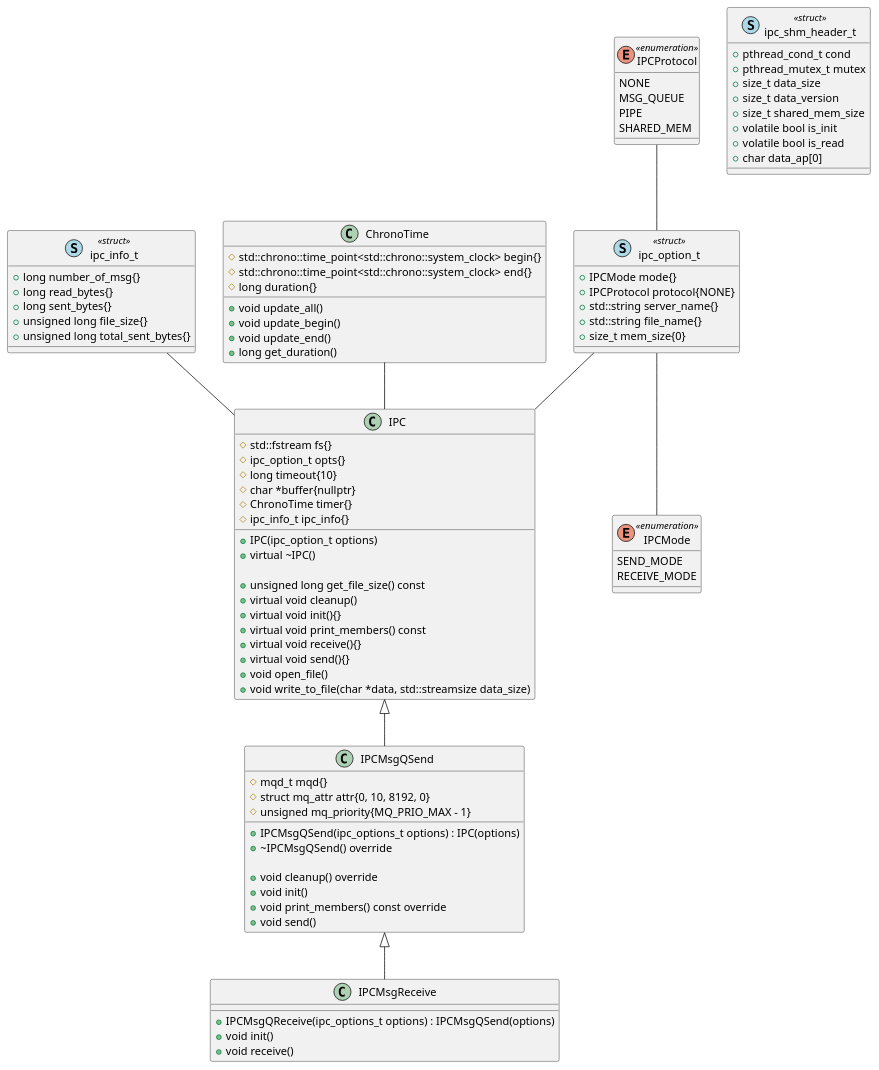
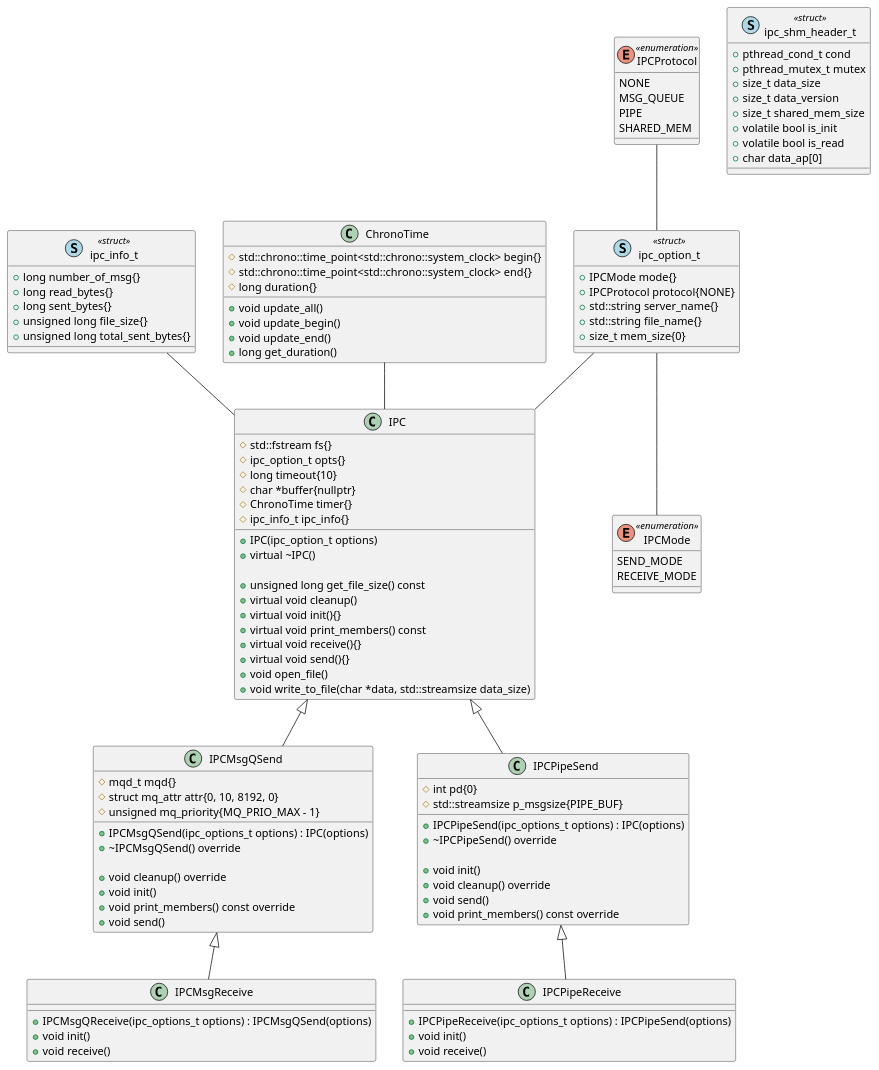
One commit to baovu-unikie/file_transfer_cpp changed the diagram in img/current_implementation.puml. Above: the diagram before and after it, drawn with PlantUML. The commit also changed 5 other files, not shown here.

```diff
--- a/img/current_implementation.puml
+++ b/img/current_implementation.puml
@@ -1,111 +1,136 @@
 @startuml
 class IPC
 {
 	# std::fstream fs{}
 	# ipc_option_t opts{}
 	# long timeout{10}
 	# char *buffer{nullptr}
 	# ChronoTime timer{}
 	# ipc_info_t ipc_info{}
 
 	+ IPC(ipc_option_t options)
 	+ virtual ~IPC()
 
 	+ unsigned long get_file_size() const
 	+ virtual void cleanup()
 	+ virtual void init(){}
 	+ virtual void print_members() const
 	+ virtual void receive(){}
 	+ virtual void send(){}
 	+ void open_file()
 	+ void write_to_file(char *data, std::streamsize data_size)
 }
 
 class IPCMsgQSend
 {
 	# mqd_t mqd{}
 	# struct mq_attr attr{0, 10, 8192, 0}
 	# unsigned mq_priority{MQ_PRIO_MAX - 1}
 
 	+ IPCMsgQSend(ipc_options_t options) : IPC(options)
 	+ ~IPCMsgQSend() override
 
 	+ void cleanup() override
 	+ void init()
 	+ void print_members() const override
 	+ void send()
 }
 
 class IPCMsgReceive
 {
 	+ IPCMsgQReceive(ipc_options_t options) : IPCMsgQSend(options)
+	+ void init()
+	+ void receive()
+}
+
+class IPCPipeSend
+{
+	# int pd{0}
+	# std::streamsize p_msgsize{PIPE_BUF}
+
+	+ IPCPipeSend(ipc_options_t options) : IPC(options)
+	+ ~IPCPipeSend() override
+
+	+ void init()
+	+ void cleanup() override
+	+ void send()
+	+ void print_members() const override
+
+}
+
+class IPCPipeReceive
+{
+	+ IPCPipeReceive(ipc_options_t options) : IPCPipeSend(options)
 	+ void init()
 	+ void receive()
 }
 
 enum IPCProtocol<<enumeration>>
 {
 	NONE
 	MSG_QUEUE
 	PIPE
 	SHARED_MEM
 }
 
 enum IPCMode<<enumeration>>
 {
 	SEND_MODE
 	RECEIVE_MODE
 }
 
 class ipc_option_t << (S,lightblue) struct>>
 {
 	+ IPCMode mode{}
 	+ IPCProtocol protocol{NONE}
 	+ std::string server_name{}
 	+ std::string file_name{}
 	+ size_t mem_size{0}
 }
 
 class ipc_info_t << (S,lightblue) struct>>
 {
 	+ long number_of_msg{}
 	+ long read_bytes{}
 	+ long sent_bytes{}
 	+ unsigned long file_size{}
 	+ unsigned long total_sent_bytes{}
 }
 
 class ipc_shm_header_t << (S,lightblue) struct>>
 {
 	+ pthread_cond_t cond
 	+ pthread_mutex_t mutex
 	+ size_t data_size
 	+ size_t data_version
 	+ size_t shared_mem_size
 	+ volatile bool is_init
 	+ volatile bool is_read
 	+ char data_ap[0]
 }
 
 class ChronoTime
 {
 	# std::chrono::time_point<std::chrono::system_clock> begin{}
 	# std::chrono::time_point<std::chrono::system_clock> end{}
 	# long duration{}
 
 	+ void update_all()
 	+ void update_begin()
 	+ void update_end()
 	+ long get_duration()
 }
 
 IPC <|-- IPCMsgQSend
+IPC <|-- IPCPipeSend
+
 IPCMsgQSend <|-- IPCMsgReceive
+IPCPipeSend <|-- IPCPipeReceive
 
 IPCProtocol -- ipc_option_t
 ipc_option_t -- IPC
 ipc_option_t -- IPCMode
 ipc_info_t --  IPC
 ChronoTime -- IPC
 
 @enduml
```
